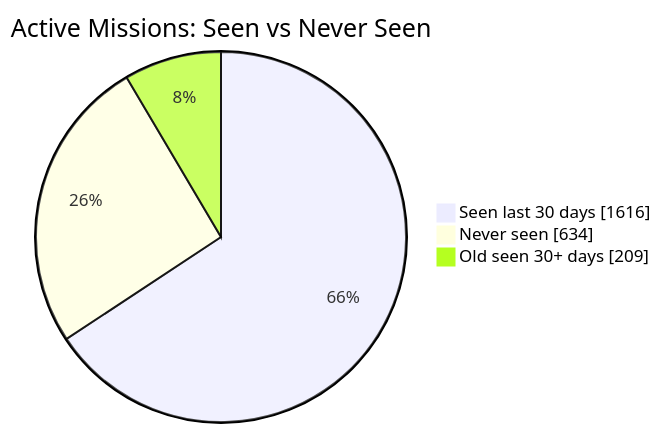
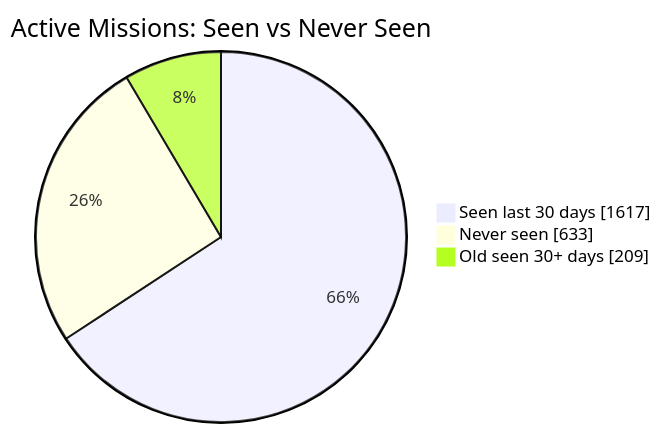
The first of 2 diagrams in README.md (MeldkamerspelGameTeam/active-missions), drawn with Mermaid before and after one commit. The commit also changed other lines of this file and 3 other files, not shown here.

````diff
--- a/README.md
+++ b/README.md
@@ -34,7 +34,7 @@
 ```mermaid
 pie showData
     title Active Missions: Seen vs Never Seen
-    "Seen last 30 days" : 1616
-    "Never seen" : 634
+    "Seen last 30 days" : 1617
+    "Never seen" : 633
     "Old seen 30+ days" : 209
 ```
````
